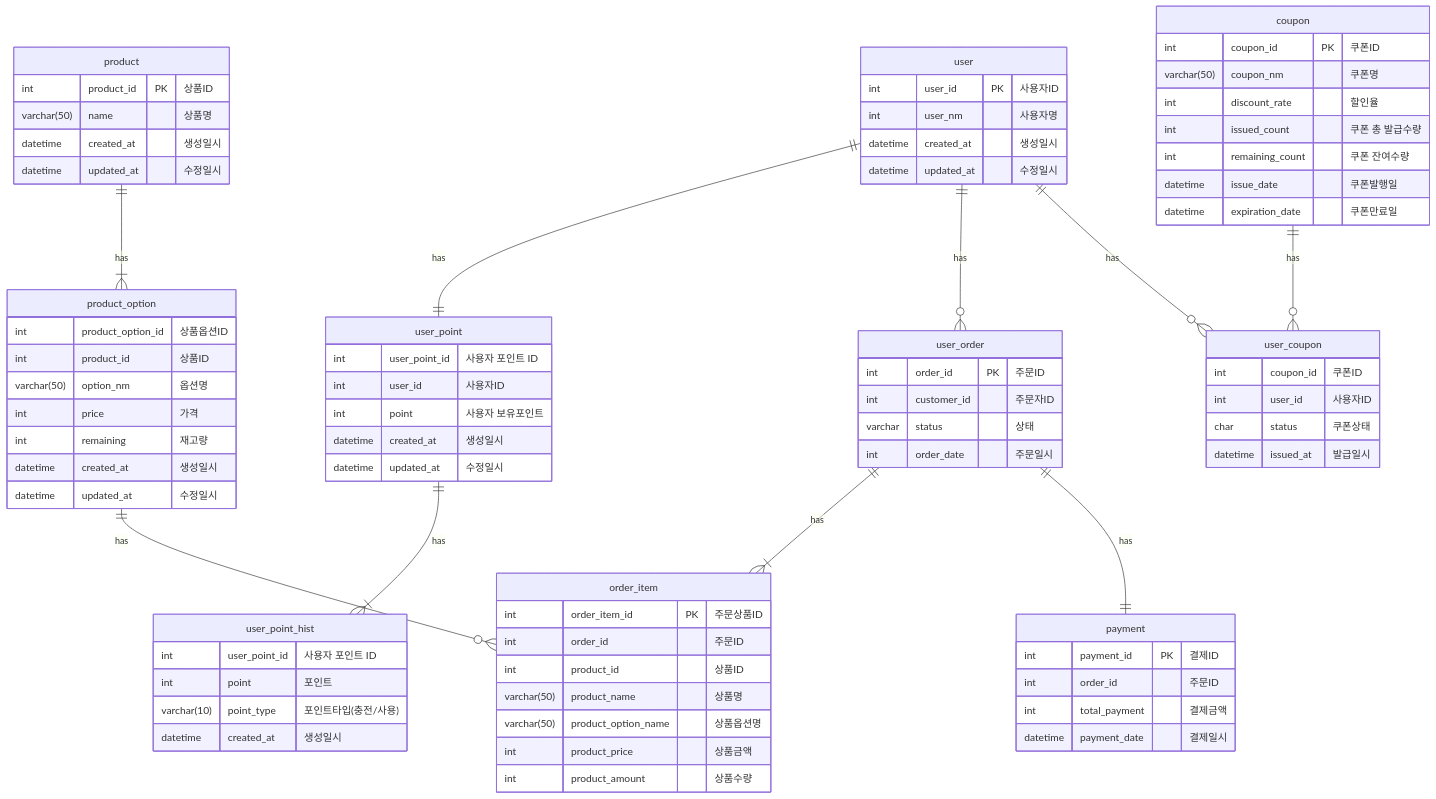
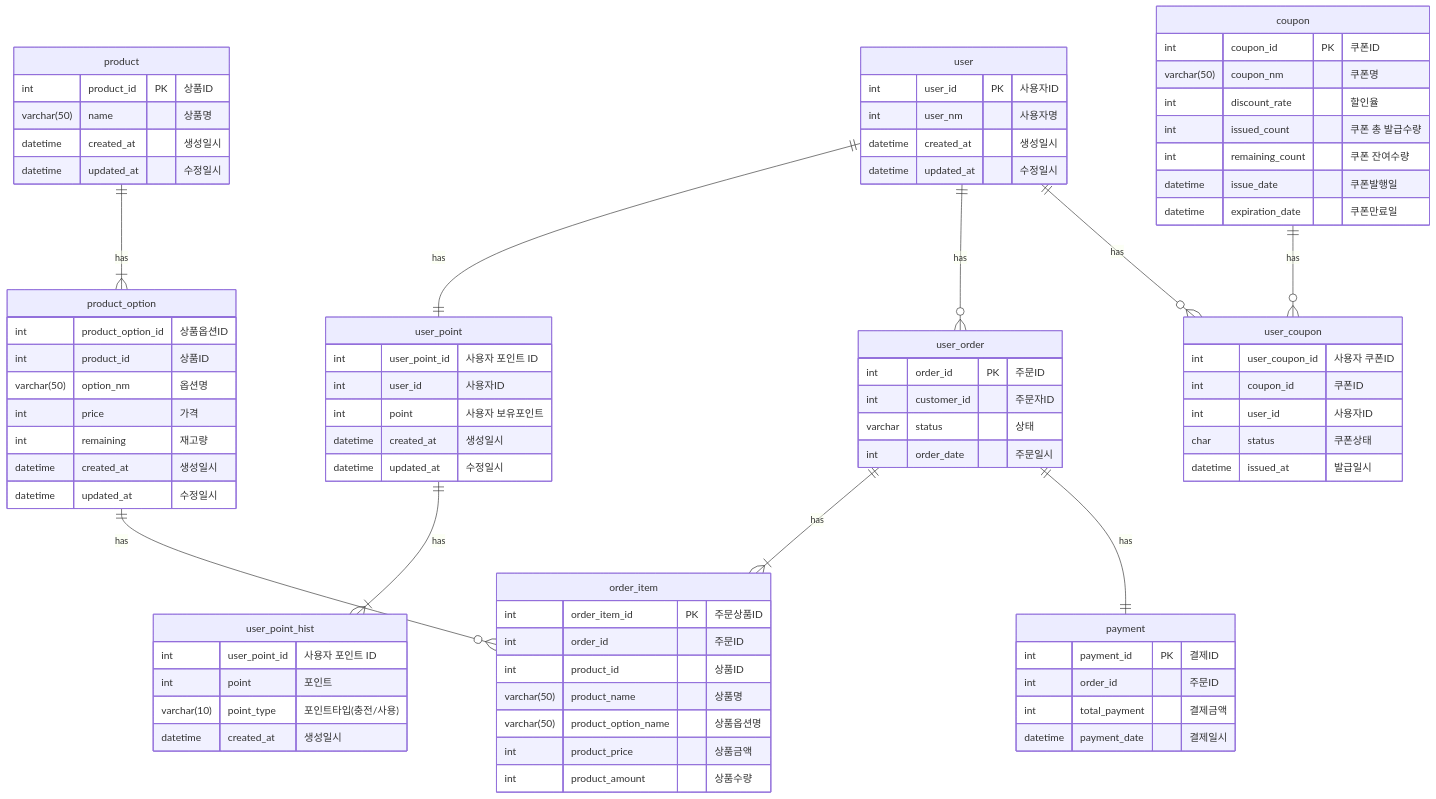
Before and after one commit to OO-b/E-commerce-system: the diagram in docs/erd/Erd.md, drawn with Mermaid.

Commit message:
#15 ERD 변경(user_coupon 테이블 ID 추가)

```diff
--- a/docs/erd/Erd.md
+++ b/docs/erd/Erd.md
@@ -77,6 +77,7 @@
     }
 
     user_coupon {
+        int user_coupon_id "사용자 쿠폰ID"
         int coupon_id "쿠폰ID"
         int user_id "사용자ID"
         char status "쿠폰상태"
```
